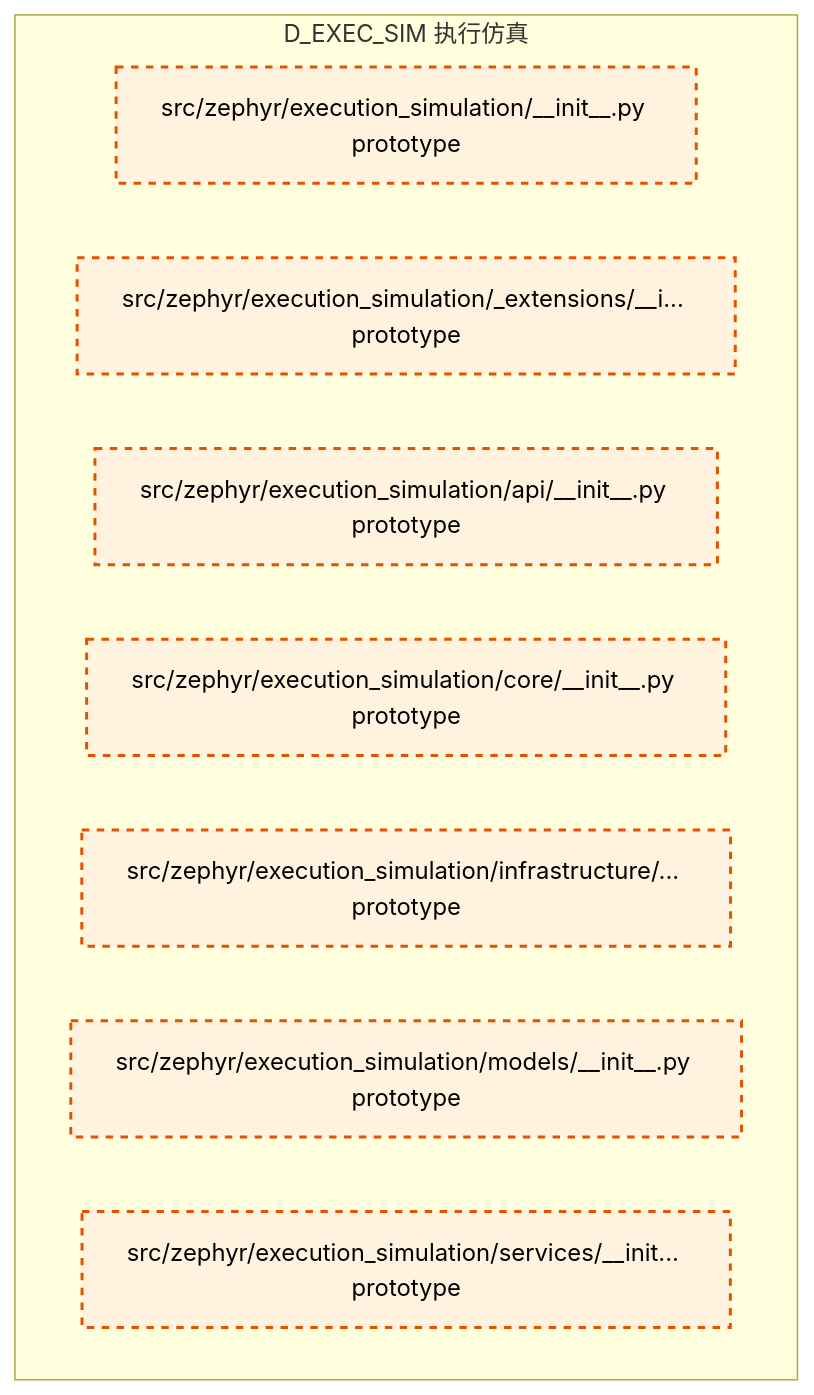
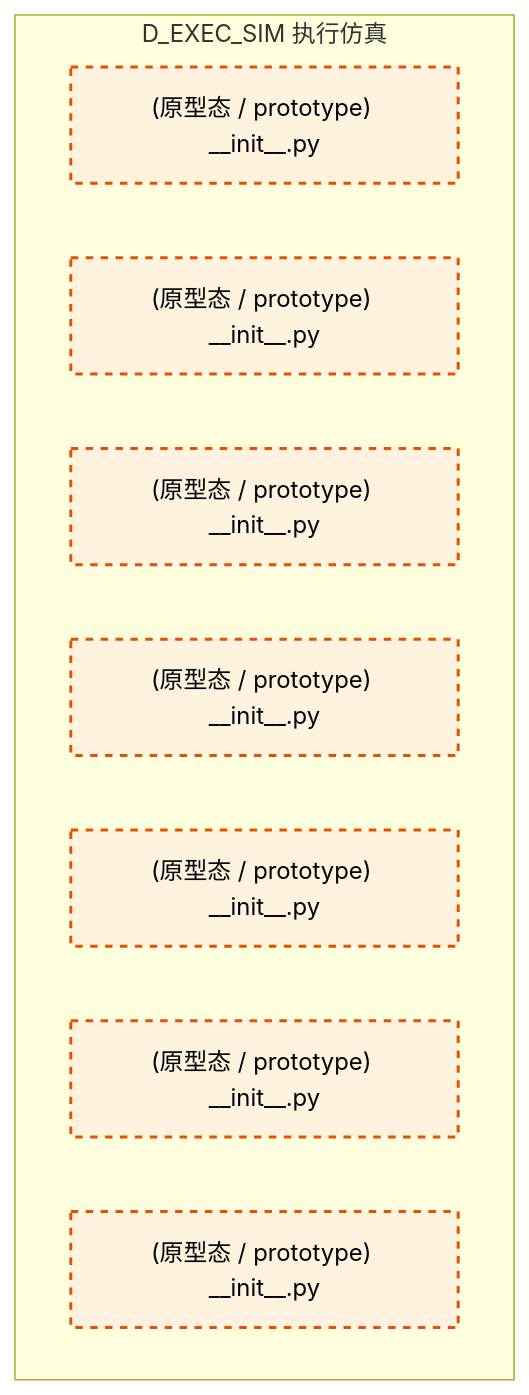
One commit to xuanFelixVan/ZephyrAlpha changed the diagram in docs/02_enterprise_architecture/02_domain_architecture_docs/26_d_exec_sim.md. Above: the diagram before and after it, drawn with Mermaid. The commit also changed other lines of this file and 100 other files, not shown here.

````diff
--- a/docs/02_enterprise_architecture/02_domain_architecture_docs/26_d_exec_sim.md
+++ b/docs/02_enterprise_architecture/02_domain_architecture_docs/26_d_exec_sim.md
@@ -47,17 +49,17 @@
 ```mermaid
 graph TD
     subgraph D_EXEC_SIM["D_EXEC_SIM 执行仿真"]
-        src_zephyr_execution_simulation_init_py["src/zephyr/execution_simulation/__init__.py prototype"]
-        src_zephyr_execution_simulation_extensions_init_py["src/zephyr/execution_simulation/_extensions/__i... prototype"]
-        src_zephyr_execution_simulation_api_init_py["src/zephyr/execution_simulation/api/__init__.py prototype"]
-        src_zephyr_execution_simulation_core_init_py["src/zephyr/execution_simulation/core/__init__.py prototype"]
-        src_zephyr_execution_simulation_infrastructure_init_py["src/zephyr/execution_simulation/infrastructure/... prototype"]
-        src_zephyr_execution_simulation_models_init_py["src/zephyr/execution_simulation/models/__init__.py prototype"]
-        src_zephyr_execution_simulation_services_init_py["src/zephyr/execution_simulation/services/__init... prototype"]
+        src_zephyr_execution_simulation_init_py["(原型态 / prototype) __init__.py"]
+        src_zephyr_execution_simulation_extensions_init_py["(原型态 / prototype) __init__.py"]
+        src_zephyr_execution_simulation_api_init_py["(原型态 / prototype) __init__.py"]
+        src_zephyr_execution_simulation_core_init_py["(原型态 / prototype) __init__.py"]
+        src_zephyr_execution_simulation_infrastructure_init_py["(原型态 / prototype) __init__.py"]
+        src_zephyr_execution_simulation_models_init_py["(原型态 / prototype) __init__.py"]
+        src_zephyr_execution_simulation_services_init_py["(原型态 / prototype) __init__.py"]
     end
     classDef production fill:#e1f5fe,stroke:#01579b,stroke-width:2px,color:#000
     classDef design fill:#fff3e0,stroke:#e65100,stroke-width:2px,color:#000,stroke-dasharray: 5 5
     classDef external_prod fill:#e8f5e9,stroke:#1b5e20,stroke-width:1px,color:#000
     classDef external_design fill:#fce4ec,stroke:#880e4f,stroke-width:1px,color:#000,stroke-dasharray: 5 5
     class src_zephyr_execution_simulation_init_py,src_zephyr_execution_simulation_extensions_init_py,src_zephyr_execution_simulation_api_init_py,src_zephyr_execution_simulation_core_init_py,src_zephyr_execution_simulation_infrastructure_init_py,src_zephyr_execution_simulation_models_init_py,src_zephyr_execution_simulation_services_init_py design
 ```
````
